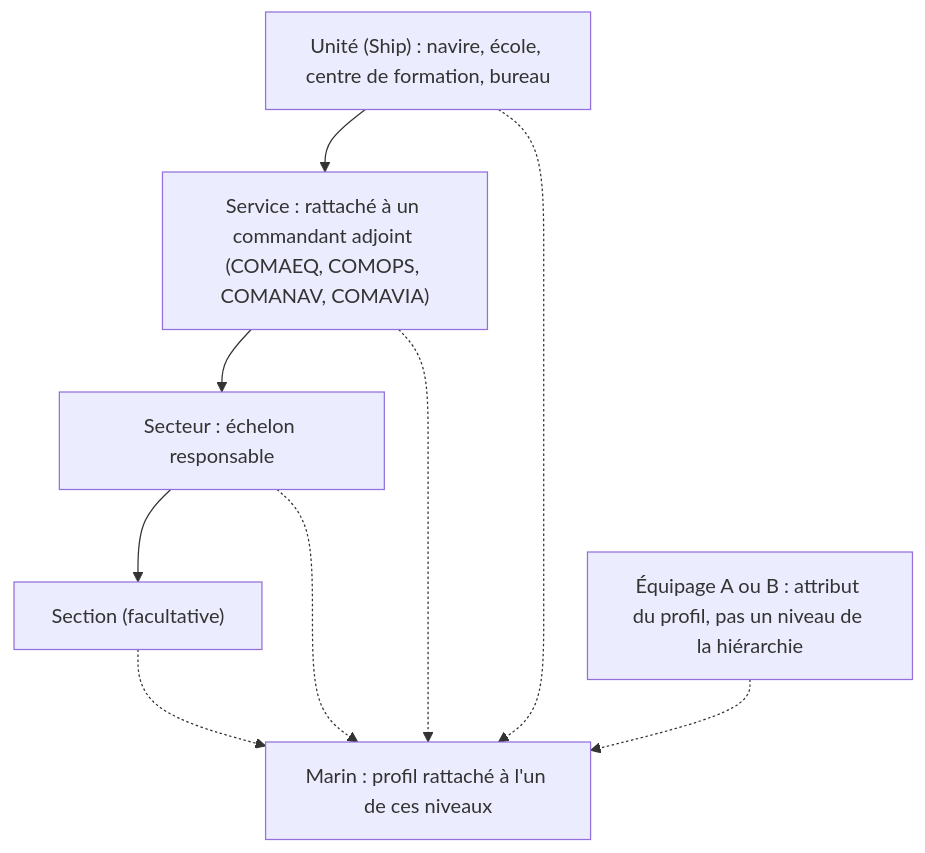
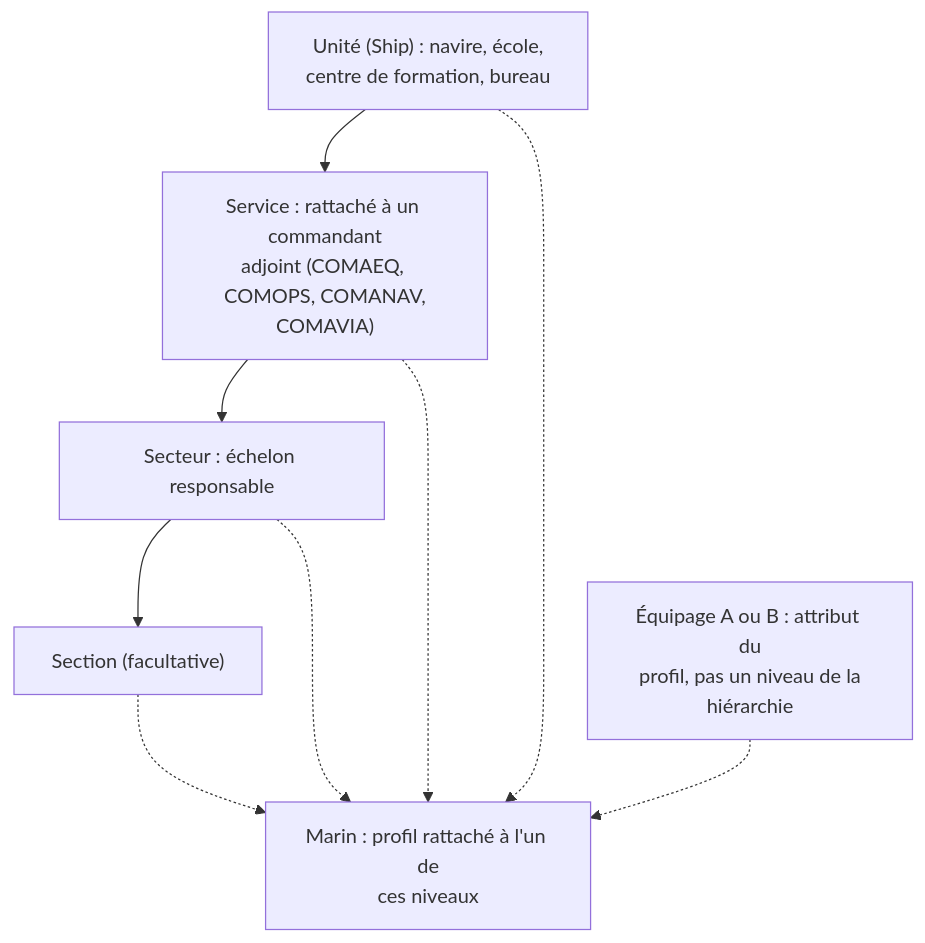
One commit to Mattrix2211/Matrix changed the diagram in docs/dossier-technique/schemas/src/S03_hierarchie_unites.mmd. Above: the diagram before and after it, drawn with Mermaid. The commit also changed 68 other files, not shown here.

```diff
--- a/docs/dossier-technique/schemas/src/S03_hierarchie_unites.mmd
+++ b/docs/dossier-technique/schemas/src/S03_hierarchie_unites.mmd
@@ -1,13 +1,13 @@
 flowchart TB
-  Ship["Unité (Ship) : navire, école, centre de formation, bureau"]
-  Service["Service : rattaché à un commandant adjoint (COMAEQ, COMOPS, COMANAV, COMAVIA)"]
+  Ship["Unité (Ship) : navire, école,<br/>centre de formation, bureau"]
+  Service["Service : rattaché à un commandant<br/>adjoint (COMAEQ, COMOPS, COMANAV,<br/>COMAVIA)"]
   Sector["Secteur : échelon responsable"]
   Section["Section (facultative)"]
-  Marin["Marin : profil rattaché à l'un de ces niveaux"]
+  Marin["Marin : profil rattaché à l'un de<br/>ces niveaux"]
   Ship --> Service --> Sector --> Section
   Section -.-> Marin
   Sector -.-> Marin
   Service -.-> Marin
   Ship -.-> Marin
-  Eq["Équipage A ou B : attribut du profil, pas un niveau de la hiérarchie"]
+  Eq["Équipage A ou B : attribut du<br/>profil, pas un niveau de la<br/>hiérarchie"]
   Eq -.-> Marin
```
